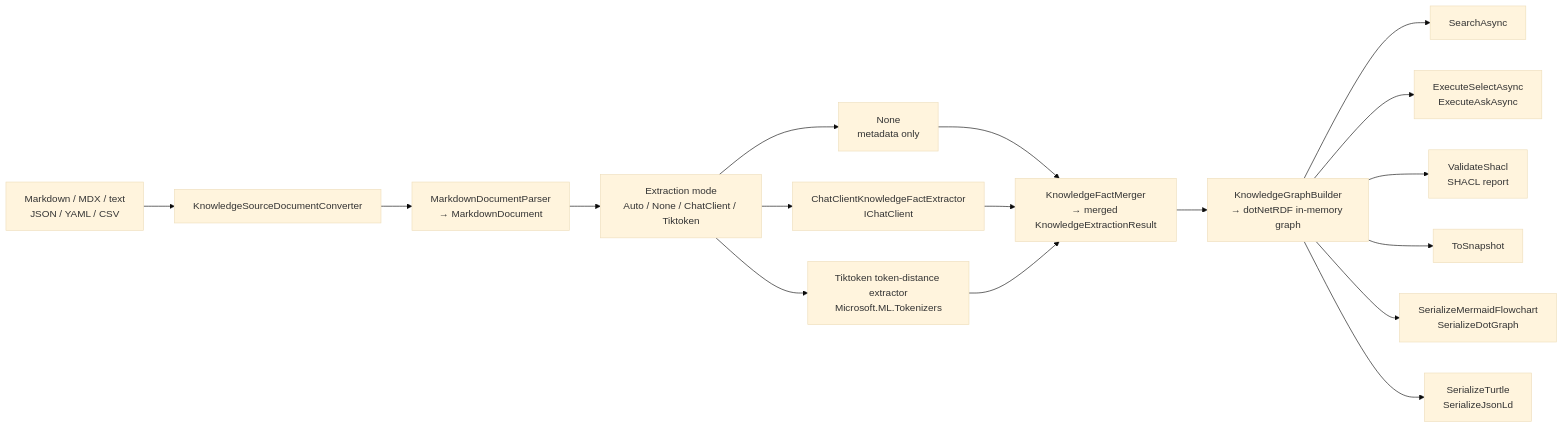
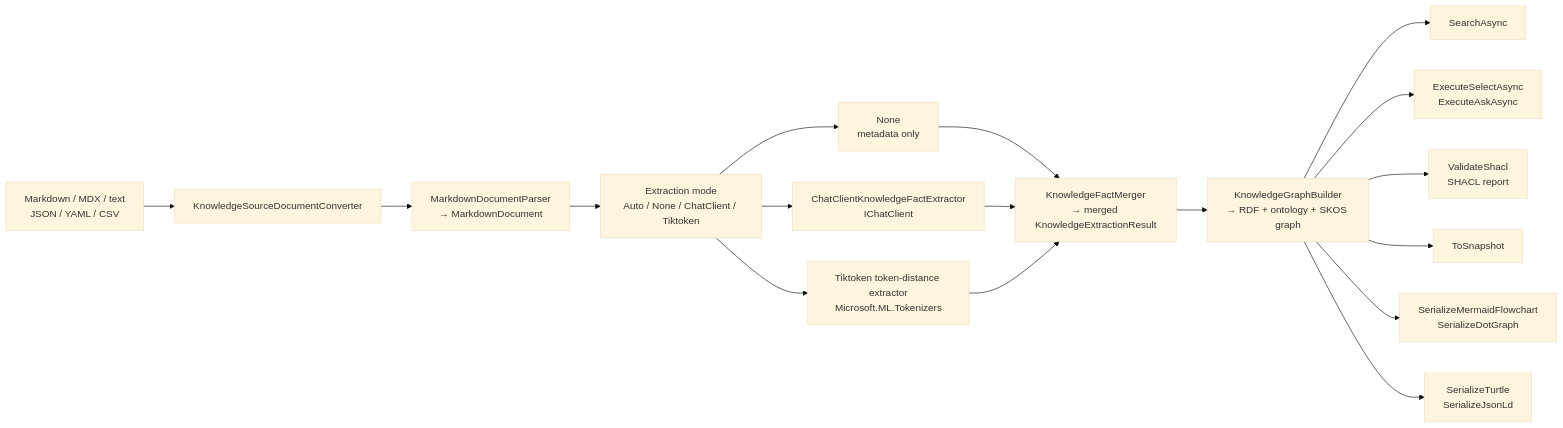
The first of 3 diagrams in README.md (managedcode/markdown-ld-kb), drawn with Mermaid (base theme) before and after one commit. The commit also changed other lines of this file and 22 other files, not shown here.

Commit message:
federated-sparql-wikidata and ontology-skos-federated-graph

````diff
--- a/README.md
+++ b/README.md
@@ -20,19 +20,19 @@
 ```mermaid
 flowchart LR
     Source["Markdown / MDX / text\nJSON / YAML / CSV"] --> Converter["KnowledgeSourceDocumentConverter"]
     Converter --> Parser["MarkdownDocumentParser\n→ MarkdownDocument"]
     Parser --> Mode["Extraction mode\nAuto / None / ChatClient / Tiktoken"]
     Mode --> None["None\nmetadata only"]
     Mode --> Chat["ChatClientKnowledgeFactExtractor\nIChatClient"]
     Mode --> Token["Tiktoken token-distance extractor\nMicrosoft.ML.Tokenizers"]
     None --> Merge["KnowledgeFactMerger\n→ merged KnowledgeExtractionResult"]
     Chat --> Merge
     Token --> Merge
-    Merge --> Builder["KnowledgeGraphBuilder\n→ dotNetRDF in-memory graph"]
+    Merge --> Builder["KnowledgeGraphBuilder\n→ RDF + ontology + SKOS graph"]
     Builder --> Search["SearchAsync"]
     Builder --> Sparql["ExecuteSelectAsync\nExecuteAskAsync"]
     Builder --> Shacl["ValidateShacl\nSHACL report"]
     Builder --> Snap["ToSnapshot"]
     Builder --> Diagram["SerializeMermaidFlowchart\nSerializeDotGraph"]
     Builder --> Export["SerializeTurtle\nSerializeJsonLd"]
 ```
````
